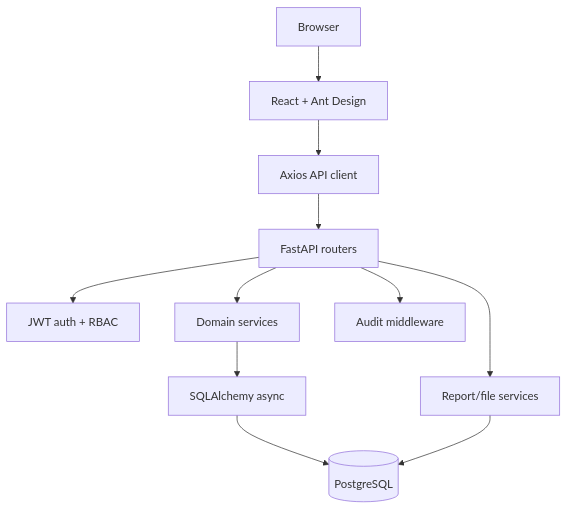
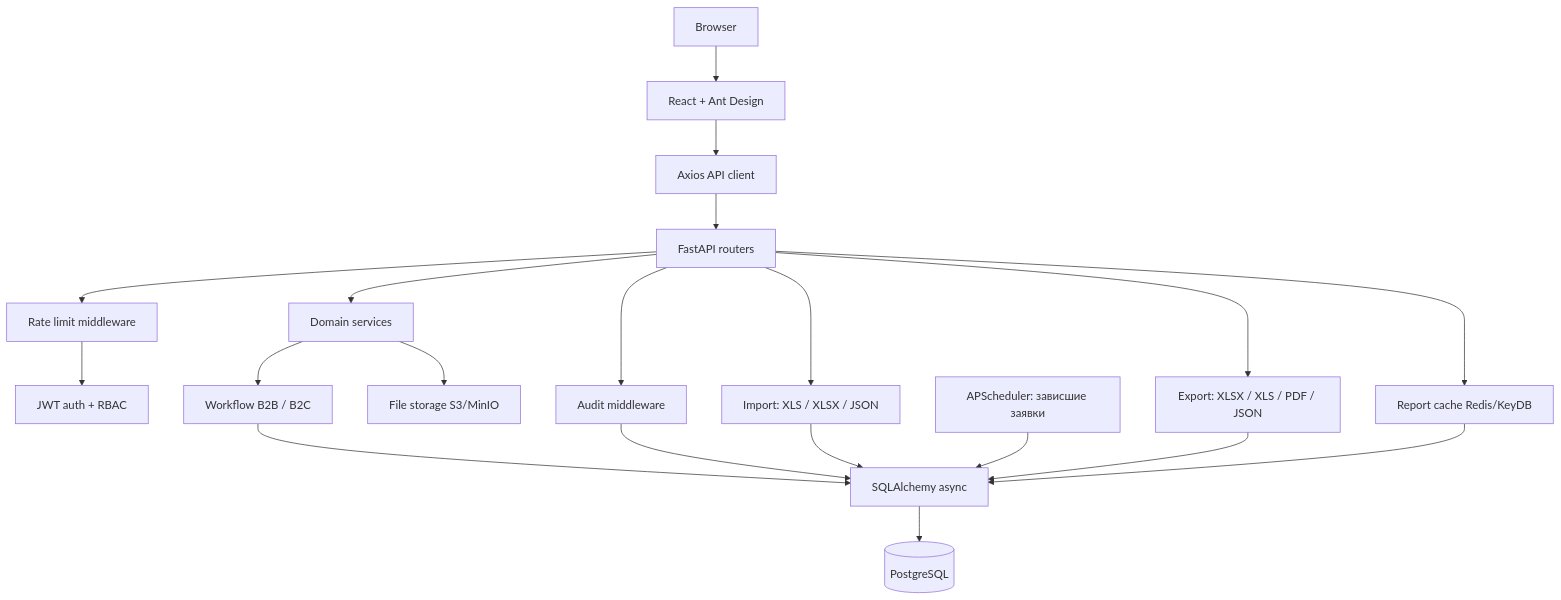
Before and after one commit to Pavel1778/rtk-crm: the diagram in docs/architecture/c4-components.md, drawn with Mermaid. The commit also changed other lines of this file and 10 other files, not shown here.

Commit message:
docs: архитектура (functional, ER, масштабирование), отчёт верификации и pitch

````diff
--- a/docs/architecture/c4-components.md
+++ b/docs/architecture/c4-components.md
@@ -3,21 +3,31 @@
 ```mermaid
 flowchart TB
     browser[Browser]
     app[React + Ant Design]
     client[Axios API client]
     api[FastAPI routers]
     auth[JWT auth + RBAC]
+    ratelimit[Rate limit middleware]
+    audit[Audit middleware]
     domain[Domain services]
-    audit[Audit middleware]
+    workflow[Workflow B2B / B2C]
+    imports[Import: XLS / XLSX / JSON]
+    exports[Export: XLSX / XLS / PDF / JSON]
+    scheduler[APScheduler: зависшие заявки]
     orm[SQLAlchemy async]
+    cache[Report cache Redis/KeyDB]
     postgres[(PostgreSQL)]
-    files[Report/file services]
+    storage[File storage S3/MinIO]
 
     browser --> app --> client --> api
-    api --> auth
+    api --> ratelimit --> auth
     api --> domain
-    api --> audit
-    domain --> orm --> postgres
-    api --> files
-    files --> postgres
+    api --> audit --> orm
+    domain --> workflow --> orm
+    api --> imports --> orm
+    api --> exports --> orm
+    api --> cache --> orm
+    domain --> storage
+    scheduler --> orm
+    orm --> postgres
 ```
````
